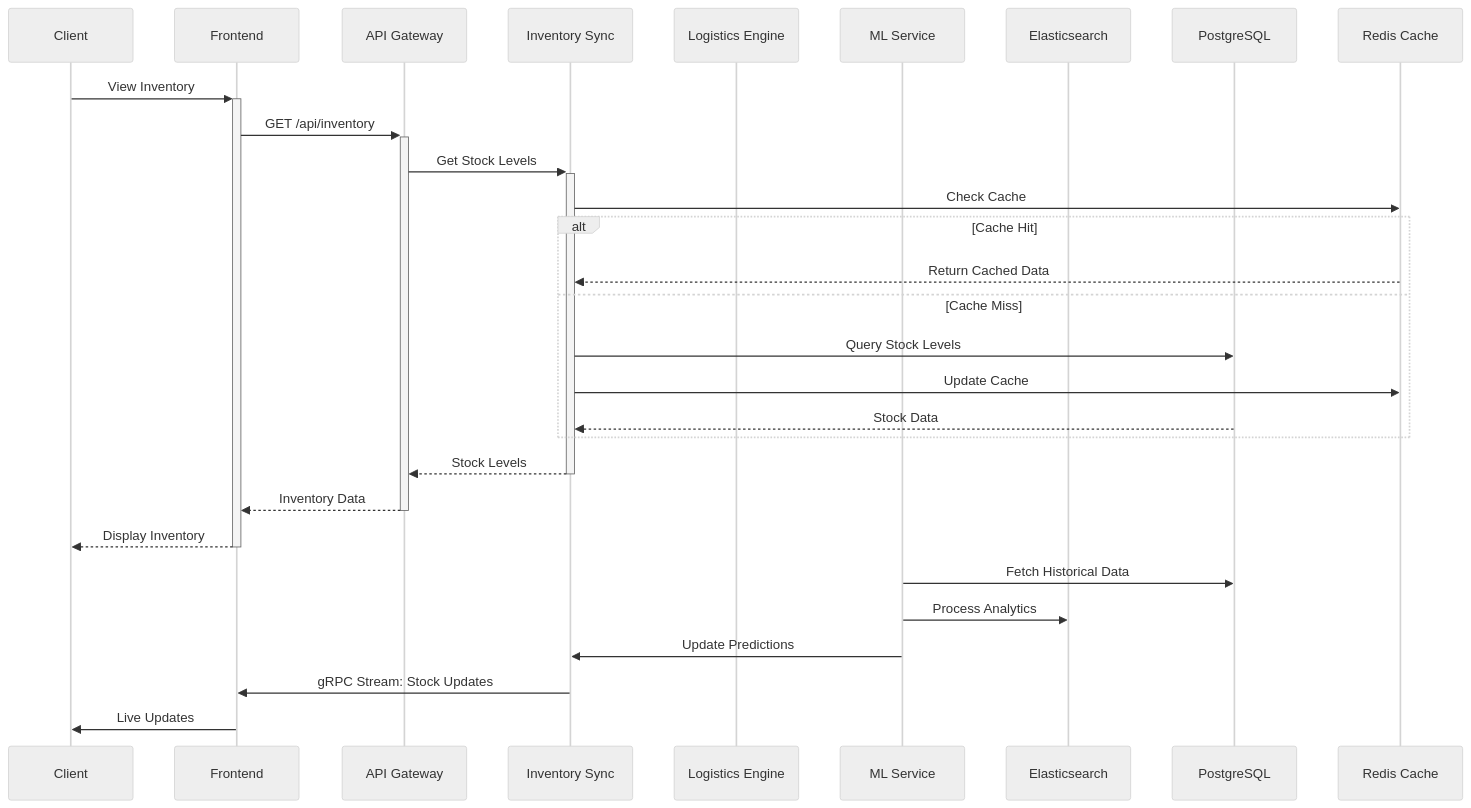
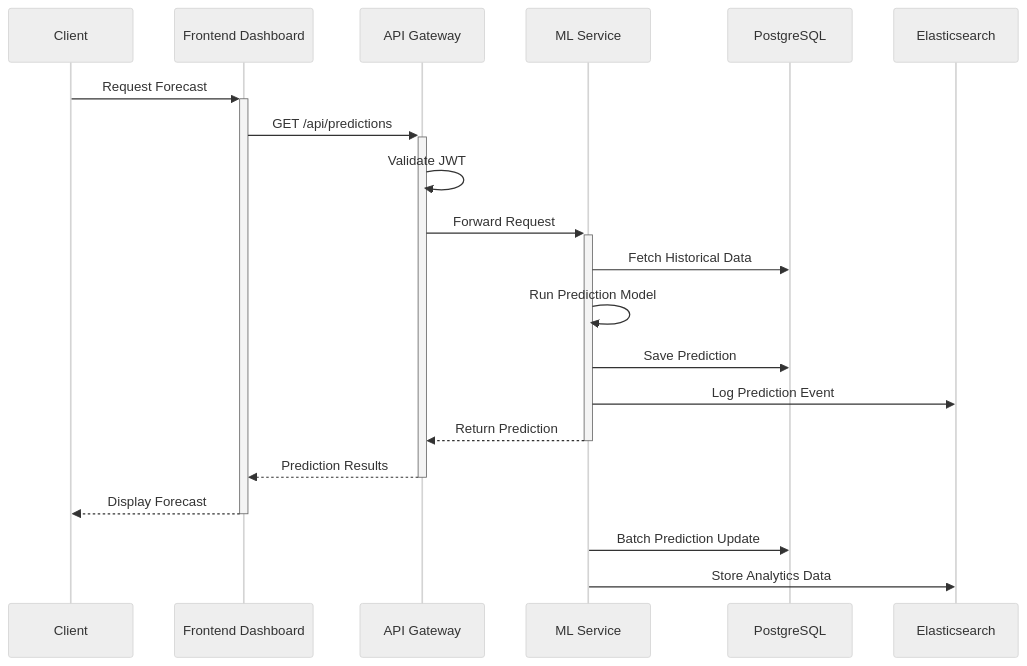
One commit to caiotheodoro/synkro changed the fourth of 7 diagrams in README.md. Above: the diagram before and after it, drawn with Mermaid (neutral theme). The commit also changed other lines of this file, not shown here.

First line of the commit message:
feat: Update README.md to reflect architectural changes and service details

````diff
--- a/README.md
+++ b/README.md
@@ -529,39 +544,28 @@
 ```mermaid
 sequenceDiagram
     participant C as Client
-    participant FE as Frontend
+    participant FD as Frontend Dashboard
     participant AG as API Gateway
-    participant IS as Inventory Sync
-    participant LE as Logistics Engine
     participant ML as ML Service
+    participant DB as PostgreSQL
     participant ES as Elasticsearch
-    participant DB as PostgreSQL
-    participant RC as Redis Cache
 
-    %% Stock Level Check
-    C->>+FE: View Inventory
-    FE->>+AG: GET /api/inventory
-    AG->>+IS: Get Stock Levels
-    IS->>RC: Check Cache
+    %% Request Prediction
+    C->>+FD: Request Forecast
+    FD->>+AG: GET /api/predictions
+    AG->>AG: Validate JWT
+    AG->>+ML: Forward Request
     
-    alt Cache Hit
-        RC-->>IS: Return Cached Data
-    else Cache Miss
-        IS->>DB: Query Stock Levels
-        IS->>RC: Update Cache
-        DB-->>IS: Stock Data
-    end
+    %% Generate Prediction
+    ML->>DB: Fetch Historical Data
+    ML->>ML: Run Prediction Model
+    ML->>DB: Save Prediction
+    ML->>ES: Log Prediction Event
+    ML-->>-AG: Return Prediction
+    AG-->>-FD: Prediction Results
+    FD-->>-C: Display Forecast
     
-    IS-->>-AG: Stock Levels
-    AG-->>-FE: Inventory Data
-    FE-->>-C: Display Inventory
-
-    %% ML Predictions
-    ML->>DB: Fetch Historical Data
-    ML->>ES: Process Analytics
-    ML->>IS: Update Predictions
-    
-    %% Real-time Updates
-    IS->>FE: gRPC Stream: Stock Updates
-    FE->>C: Live Updates
+    %% Background Processing
+    ML->>DB: Batch Prediction Update
+    ML->>ES: Store Analytics Data
 ```
````
